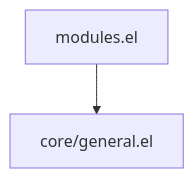
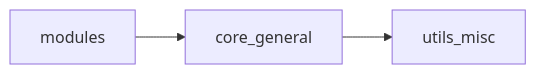
One commit to ac1965/.emacs.d changed the diagram in README.org. Above: the diagram before and after it, drawn with Mermaid. The commit also changed other lines of this file, not shown here.

First line of the commit message:
docs(README.org): Tools章のFlowchartセクション削除とGraph Captureセクション整理

```diff
--- a/README.org
+++ b/README.org
@@ -533,6 +409,6 @@
 #+begin_src mermaid :file ./graphs/require-graph.svg :results file
 %% Paste the Mermaid text generated by (graph/export-mermaid) below:
-graph TD
-  A[modules.el] --> B[core/general.el]
-  %% ...
+flowchart LR
+  modules --> core_general
+  core_general --> utils_misc
 #+end_src
```
